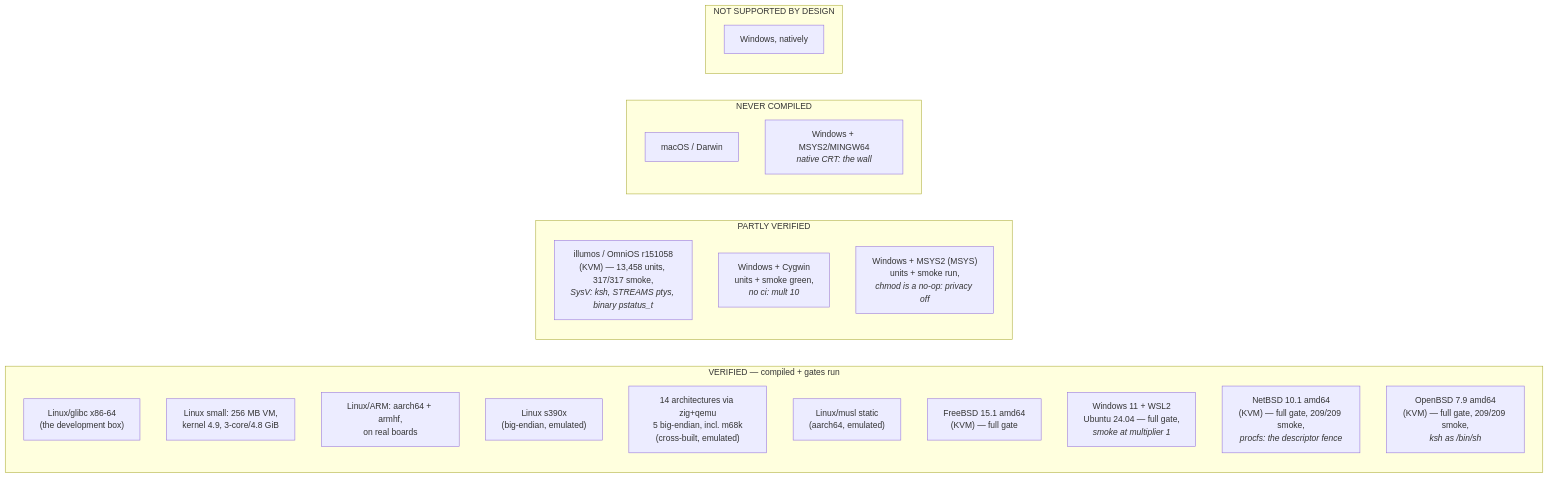
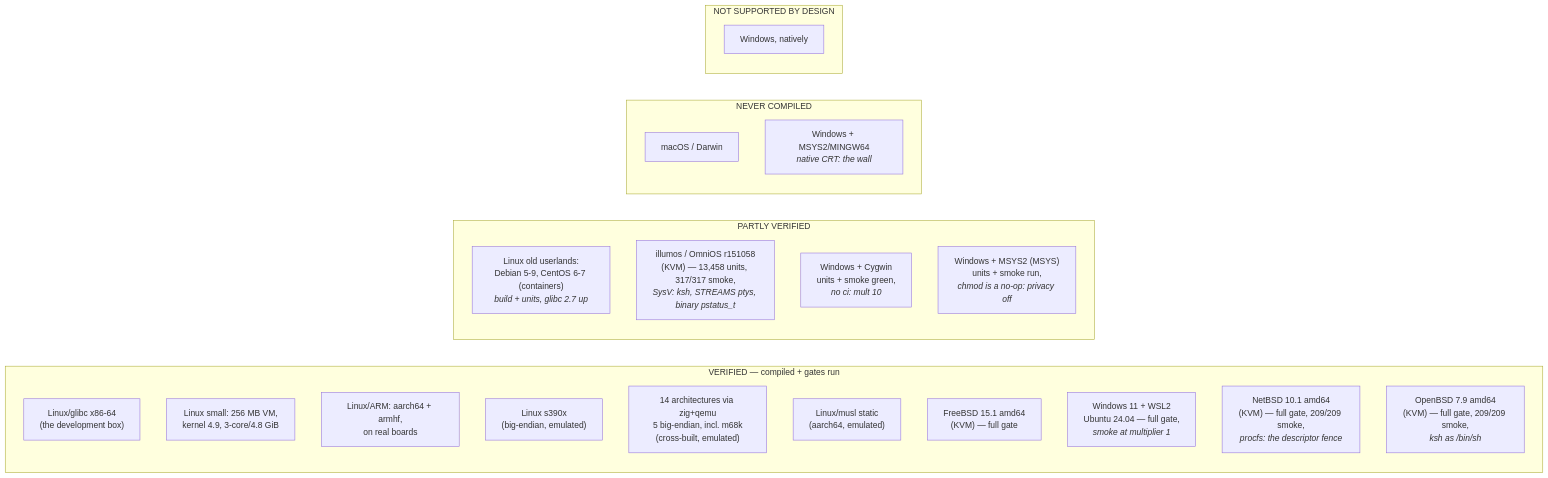
The diagram in docs/PLATFORMS.md (alexanderlarsdallmann/jichi), drawn with Mermaid before and after one commit. The commit also changed other lines of this file and 188 other files, not shown here.

````diff
--- a/docs/PLATFORMS.md
+++ b/docs/PLATFORMS.md
@@ -63,27 +63,28 @@
 ```mermaid
 flowchart LR
     subgraph V["VERIFIED — compiled + gates run"]
         L["Linux/glibc x86-64<br/>(the development box)"]
         S["Linux small: 256 MB VM,<br/>kernel 4.9, 3-core/4.8 GiB"]
         A["Linux/ARM: aarch64 + armhf,<br/>on real boards"]
         B["Linux s390x<br/>(big-endian, emulated)"]
         X14["14 architectures via zig+qemu<br/>5 big-endian, incl. m68k<br/>(cross-built, emulated)"]
         M["Linux/musl static<br/>(aarch64, emulated)"]
         FB["FreeBSD 15.1 amd64<br/>(KVM) — full gate"]
         WSL["Windows 11 + WSL2<br/>Ubuntu 24.04 — full gate,<br/><i>smoke at multiplier 1</i>"]
         NB["NetBSD 10.1 amd64<br/>(KVM) — full gate, 209/209 smoke,<br/><i>procfs: the descriptor fence</i>"]
         O["OpenBSD 7.9 amd64<br/>(KVM) — full gate, 209/209 smoke,<br/><i>ksh as /bin/sh</i>"]
     end
     subgraph P["PARTLY VERIFIED"]
+        OLD["Linux old userlands:<br/>Debian 5-9, CentOS 6-7 (containers)<br/><i>build + units, glibc 2.7 up</i>"]
         ILL["illumos / OmniOS r151058<br/>(KVM) — 13,458 units, 317/317 smoke,<br/><i>SysV: ksh, STREAMS ptys, binary pstatus_t</i>"]
         CYG["Windows + Cygwin<br/>units + smoke green,<br/><i>no ci: mult 10</i>"]
         MSY2["Windows + MSYS2 (MSYS)<br/>units + smoke run,<br/><i>chmod is a no-op: privacy off</i>"]
     end
     subgraph U["NEVER COMPILED"]
         MAC["macOS / Darwin"]
         MGW["Windows + MSYS2/MINGW64<br/><i>native CRT: the wall</i>"]
     end
     subgraph N["NOT SUPPORTED BY DESIGN"]
         WIN["Windows, natively"]
     end
 ```
````
